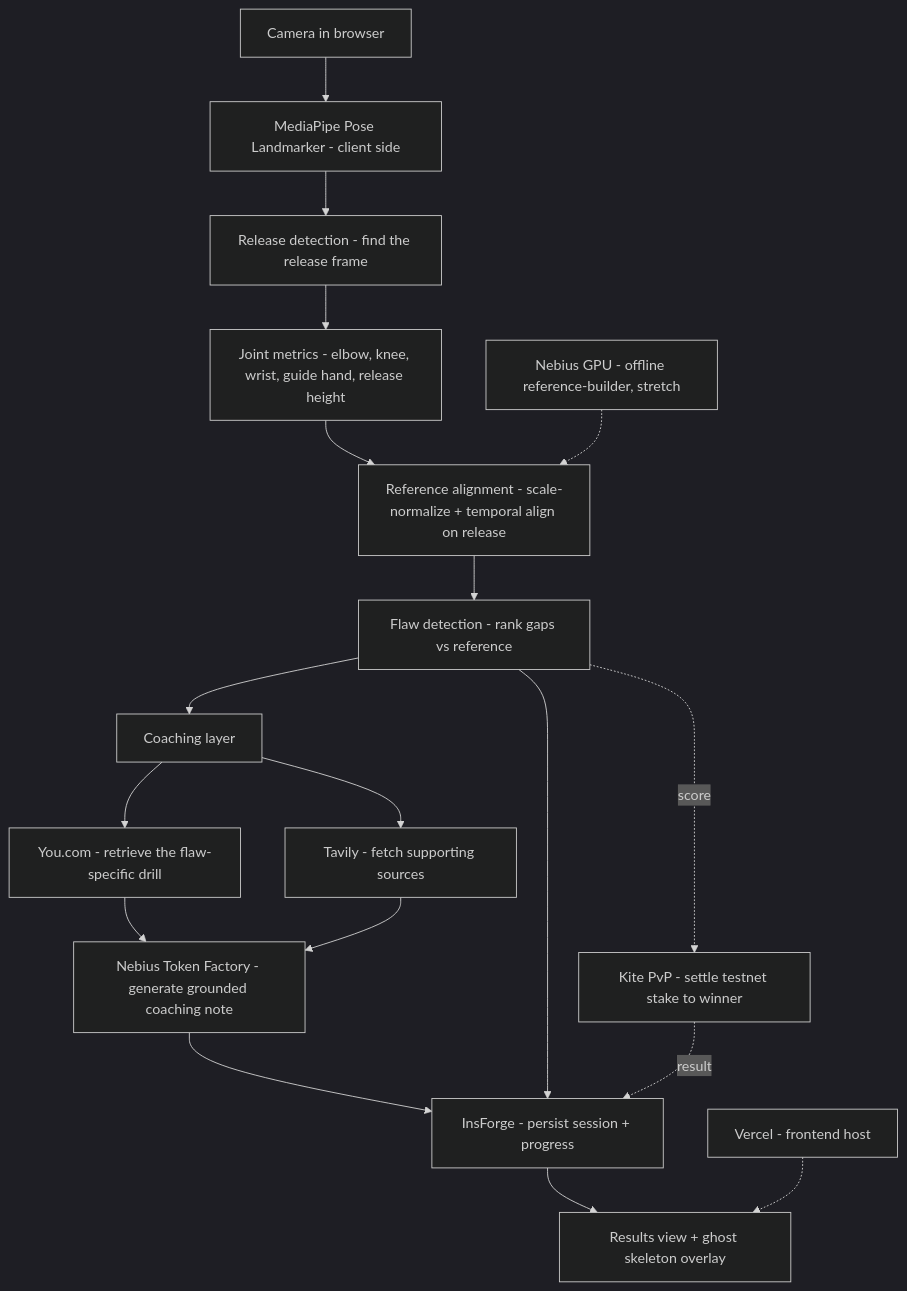
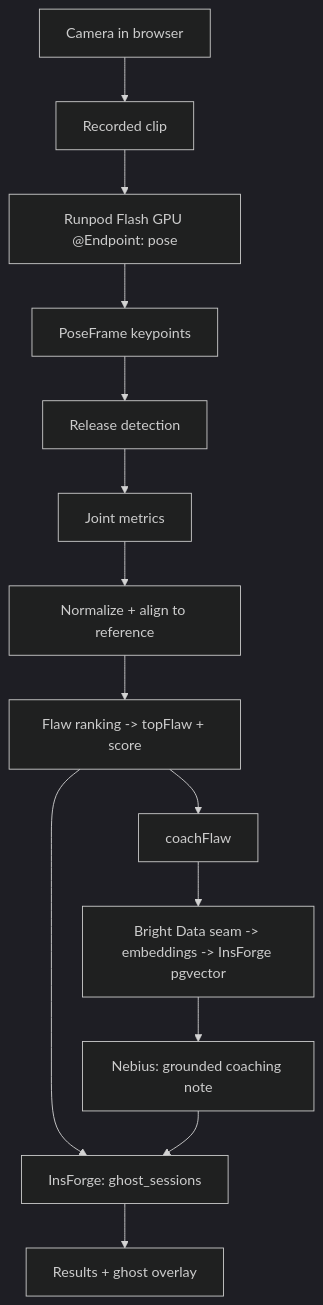
The diagram in docs/ARCHITECTURE.md (Ranj04/HackDay-Runpod), drawn with Mermaid (dark theme) before and after one commit. The commit also changed other lines of this file and 3 other files, not shown here.

First line of the commit message:
cleanup phase 2: rewrite docs for Ghost at Scale (Flash + Bright Data + Insforge)

````diff
--- a/docs/ARCHITECTURE.md
+++ b/docs/ARCHITECTURE.md
@@ -16,25 +48,16 @@
 ```mermaid
 flowchart TD
-    cam[Camera in browser] --> pose[MediaPipe Pose Landmarker - client side]
-    pose --> rel[Release detection - find the release frame]
-    rel --> met[Joint metrics - elbow, knee, wrist, guide hand, release height]
-    met --> align[Reference alignment - scale-normalize + temporal align on release]
-    align --> flaw[Flaw detection - rank gaps vs reference]
-
-    flaw --> coach[Coaching layer]
-    coach --> you[You.com - retrieve the flaw-specific drill]
-    coach --> tav[Tavily - fetch supporting sources]
-    you --> gen[Nebius Token Factory - generate grounded coaching note]
-    tav --> gen
-    gen --> persist[InsForge - persist session + progress]
-    flaw --> persist
-    persist --> results[Results view + ghost skeleton overlay]
-
-    %% Side branch: player-vs-player on-chain stake
-    flaw -. score .-> pvp[Kite PvP - settle testnet stake to winner]
-    pvp -. result .-> persist
-
-    %% Infra
-    host[Vercel - frontend host] -.-> results
-    refbuild[Nebius GPU - offline reference-builder, stretch] -.-> align
+    cam[Camera in browser] --> clip[Recorded clip]
+    clip --> flash[Runpod Flash GPU @Endpoint: pose]
+    flash --> kp[PoseFrame keypoints]
+    kp --> rel[Release detection]
+    rel --> met[Joint metrics]
+    met --> align[Normalize + align to reference]
+    align --> flaw[Flaw ranking -> topFlaw + score]
+    flaw --> coach[coachFlaw]
+    coach --> seam[Bright Data seam -> embeddings -> InsForge pgvector]
+    seam --> gen[Nebius: grounded coaching note]
+    flaw --> persist[InsForge: ghost_sessions]
+    gen --> persist
+    persist --> results[Results + ghost overlay]
 ```
````
